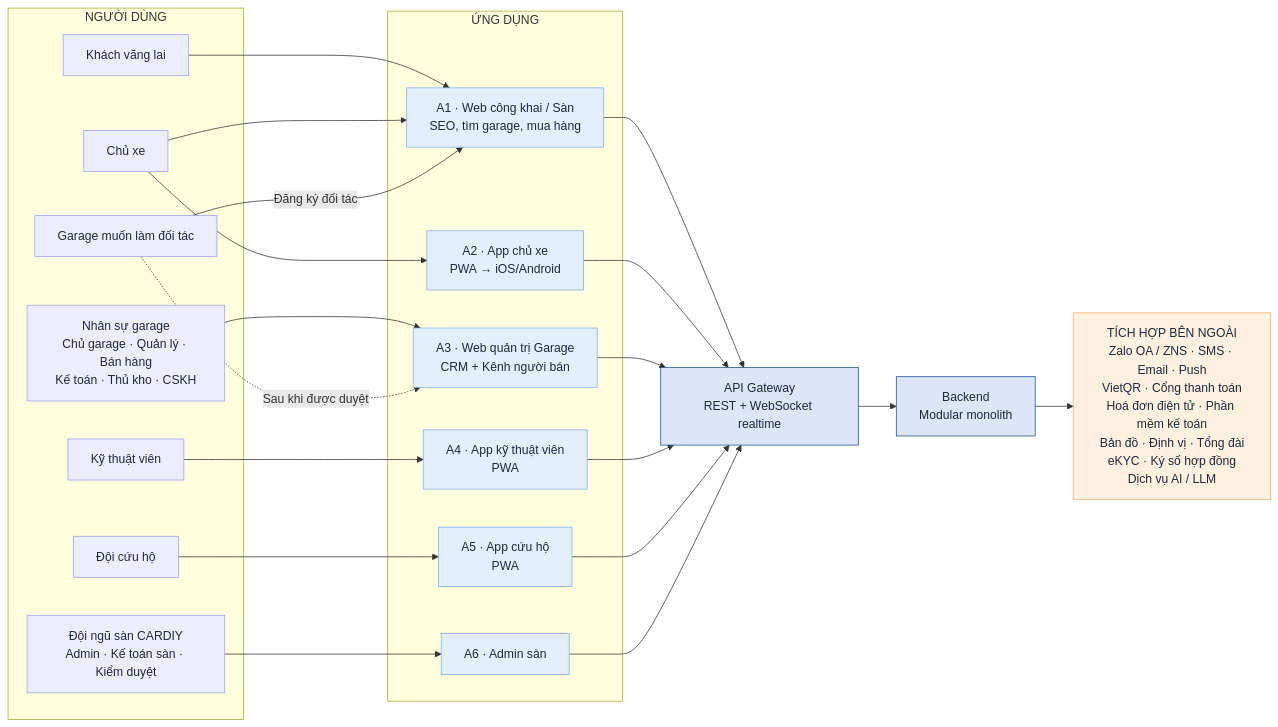
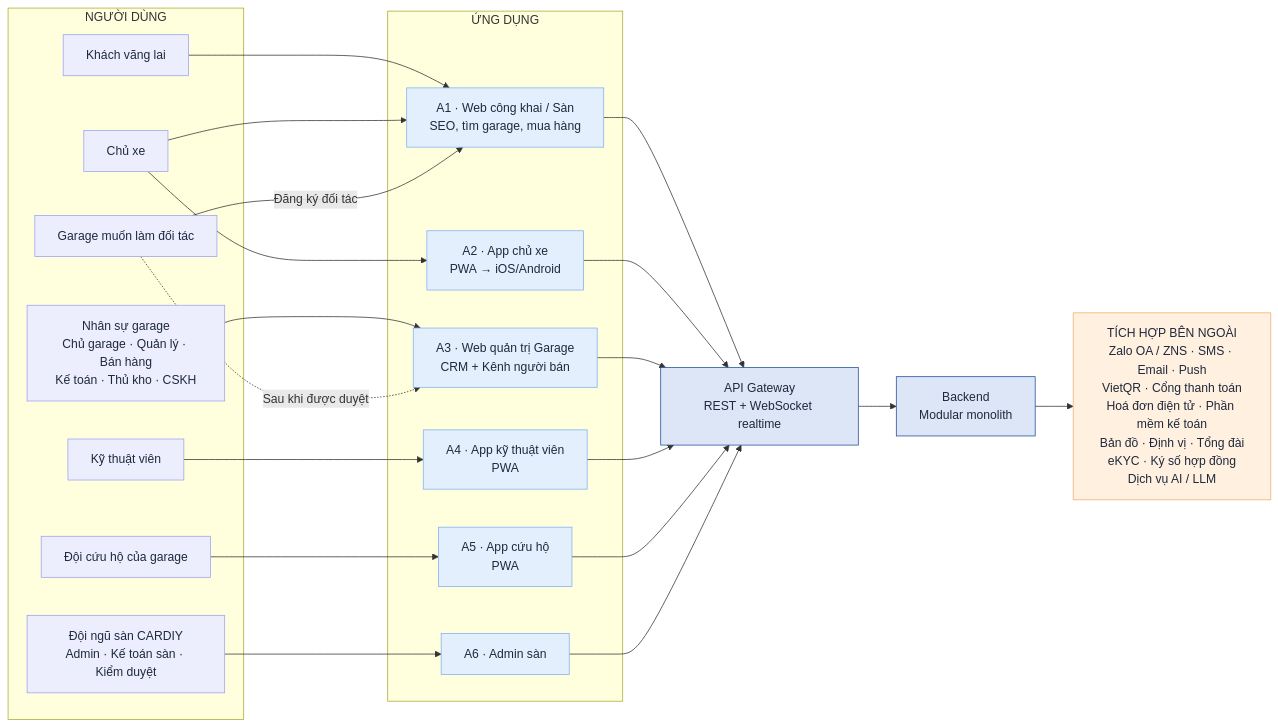
Before and after one commit to south93/cardiy-crm: the first of 3 diagrams in docs/01-tong-quan-he-thong.md, drawn with Mermaid. The commit also changed other lines of this file and 9 other files, not shown here.

First line of the commit message:
Cập nhật đặc tả: sàn chỉ là trung gian, cứu hộ là dịch vụ của garage; thêm lộ trình

````diff
--- a/docs/01-tong-quan-he-thong.md
+++ b/docs/01-tong-quan-he-thong.md
@@ -7,42 +9,42 @@
 ```mermaid
 flowchart LR
   classDef user fill:#eceefe,stroke:#9aa2f2,color:#1e293b
   classDef app fill:#e4effd,stroke:#7fb0ef,color:#1e293b
   classDef core fill:#dce6f6,stroke:#1f4e9c,color:#1e293b
   classDef ext fill:#fff0e0,stroke:#f4ad6a,color:#1e293b
 
   subgraph U["NGƯỜI DÙNG"]
     U1["Khách vãng lai"]:::user
     U2["Chủ xe"]:::user
     U3["Nhân sự garage<br/>Chủ garage · Quản lý · Bán hàng<br/>Kế toán · Thủ kho · CSKH"]:::user
     U4["Kỹ thuật viên"]:::user
-    U5["Đội cứu hộ"]:::user
+    U5["Đội cứu hộ của garage"]:::user
     U6["Garage muốn làm đối tác"]:::user
     U7["Đội ngũ sàn CARDIY<br/>Admin · Kế toán sàn · Kiểm duyệt"]:::user
   end
 
   subgraph A["ỨNG DỤNG"]
     A1["A1 · Web công khai / Sàn<br/>SEO, tìm garage, mua hàng"]:::app
     A2["A2 · App chủ xe<br/>PWA → iOS/Android"]:::app
     A3["A3 · Web quản trị Garage<br/>CRM + Kênh người bán"]:::app
     A4["A4 · App kỹ thuật viên<br/>PWA"]:::app
     A5["A5 · App cứu hộ<br/>PWA"]:::app
     A6["A6 · Admin sàn"]:::app
   end
 
   U1 --> A1
   U2 --> A1 & A2
   U3 --> A3
   U4 --> A4
   U5 --> A5
   U6 -->|"Đăng ký đối tác"| A1
   U6 -.->|"Sau khi được duyệt"| A3
   U7 --> A6
 
   API["API Gateway<br/>REST + WebSocket realtime"]:::core
   A1 & A2 & A3 & A4 & A5 & A6 --> API
   API --> BE["Backend<br/>Modular monolith"]:::core
 
   X["TÍCH HỢP BÊN NGOÀI<br/>Zalo OA / ZNS · SMS · Email · Push<br/>VietQR · Cổng thanh toán<br/>Hoá đơn điện tử · Phần mềm kế toán<br/>Bản đồ · Định vị · Tổng đài<br/>eKYC · Ký số hợp đồng<br/>Dịch vụ AI / LLM"]:::ext
   BE --> X
 ```
````
